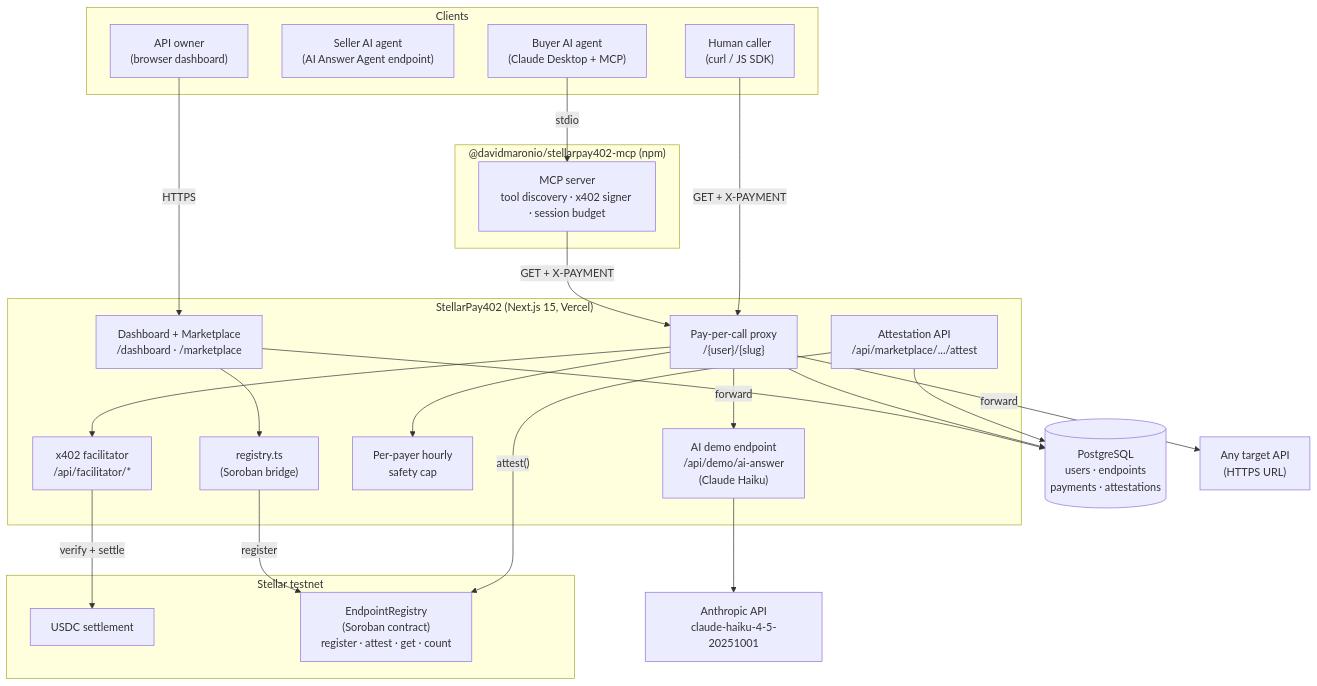
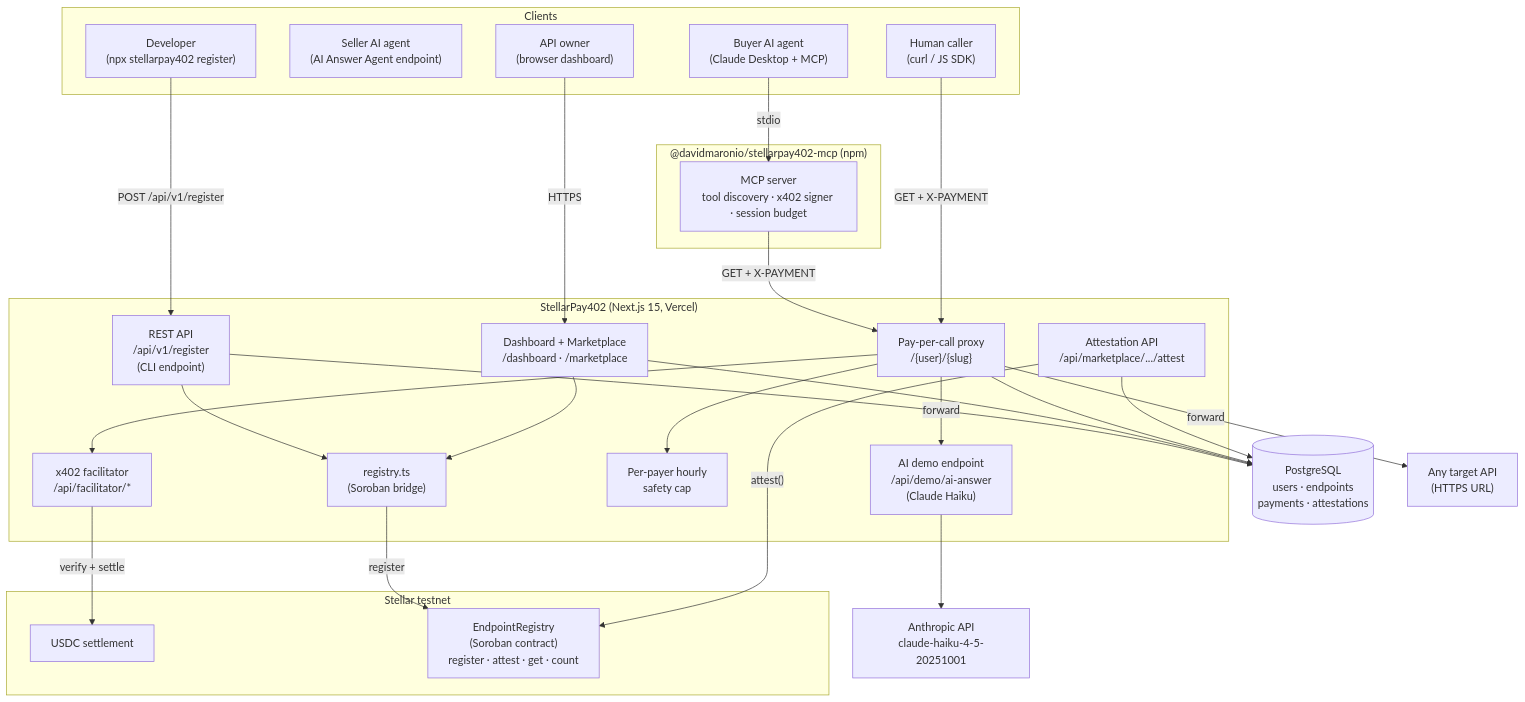
The diagram in README.md (davidmaronio/StellarPay402), drawn with Mermaid before and after one commit. The commit also changed other lines of this file and 3 other files, not shown here.

Commit message:
docs: update README and landing page with CLI registration flow

````diff
--- a/README.md
+++ b/README.md
@@ -70,49 +85,54 @@
 ```mermaid
 flowchart TB
     subgraph Clients
         buyer["Buyer AI agent\n(Claude Desktop + MCP)"]
         seller["Seller AI agent\n(AI Answer Agent endpoint)"]
         dev["API owner\n(browser dashboard)"]
+        cli["Developer\n(npx stellarpay402 register)"]
         human["Human caller\n(curl / JS SDK)"]
     end
 
     subgraph mcp["@davidmaronio/stellarpay402-mcp (npm)"]
         mcpSrv["MCP server\ntool discovery · x402 signer · session budget"]
     end
 
     subgraph app["StellarPay402 (Next.js 15, Vercel)"]
         proxy["Pay-per-call proxy\n/{user}/{slug}"]
         facilitator["x402 facilitator\n/api/facilitator/*"]
         dashboard["Dashboard + Marketplace\n/dashboard · /marketplace"]
+        apiV1["REST API\n/api/v1/register\n(CLI endpoint)"]
         aiEndpoint["AI demo endpoint\n/api/demo/ai-answer\n(Claude Haiku)"]
         attestApi["Attestation API\n/api/marketplace/.../attest"]
         guard["Per-payer hourly\nsafety cap"]
         bridge["registry.ts\n(Soroban bridge)"]
     end
 
     subgraph stellar["Stellar testnet"]
         usdc["USDC settlement"]
         registry["EndpointRegistry\n(Soroban contract)\nregister · attest · get · count"]
     end
 
     db[("PostgreSQL\nusers · endpoints\npayments · attestations")]
     target["Any target API\n(HTTPS URL)"]
     claude["Anthropic API\nclaude-haiku-4-5-20251001"]
 
     buyer -- "stdio" --> mcpSrv
     mcpSrv -- "GET + X-PAYMENT" --> proxy
     human -- "GET + X-PAYMENT" --> proxy
     dev -- "HTTPS" --> dashboard
+    cli -- "POST /api/v1/register" --> apiV1
+    apiV1 --> db
+    apiV1 --> bridge
     dashboard --> db
     dashboard --> bridge
     proxy --> guard
     proxy --> facilitator
     proxy --> db
     proxy -- "forward" --> target
     proxy -- "forward" --> aiEndpoint
     aiEndpoint --> claude
     facilitator -- "verify + settle" --> usdc
     bridge -- "register" --> registry
     attestApi -- "attest()" --> registry
     attestApi --> db
 ```
````
